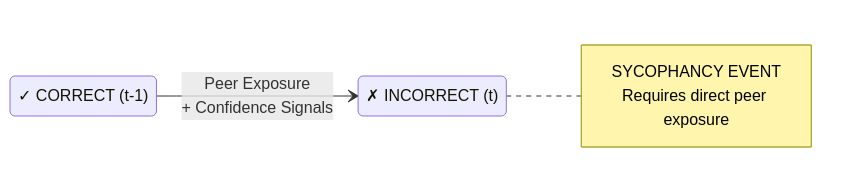
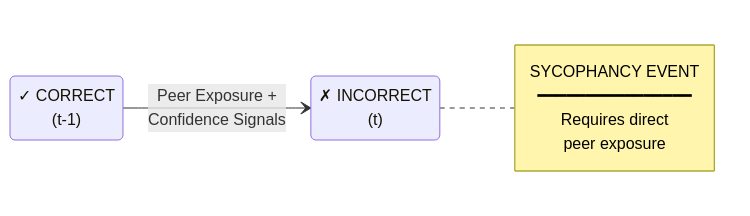
Before and after one commit to mikenk2010/COSC3009-Intelligent-Decision-Making-Advanced-IDM-Algorithm-Design: the sixth of 19 diagrams in PRESENTATION_OUTLINE.md, drawn with Mermaid. The commit also changed other lines of this file, not shown here.

````diff
--- a/PRESENTATION_OUTLINE.md
+++ b/PRESENTATION_OUTLINE.md
@@ -263,13 +337,16 @@
 ```mermaid
 stateDiagram-v2
     direction LR
-    Correct: ✓ CORRECT (t-1)
-    Incorrect: ✗ INCORRECT (t)
 
-    Correct --> Incorrect: Peer Exposure<br/>+ Confidence Signals
+    Correct: ✓ CORRECT<br/>(t-1)
+    Incorrect: ✗ INCORRECT<br/>(t)
+
+    Correct --> Incorrect: Peer Exposure +<br/>Confidence Signals
 
     note right of Incorrect
         SYCOPHANCY EVENT
-        Requires direct peer exposure
+        ━━━━━━━━━━━━━━━━
+        Requires direct
+        peer exposure
     end note
 ```
````
